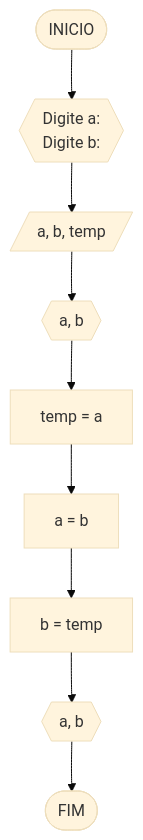
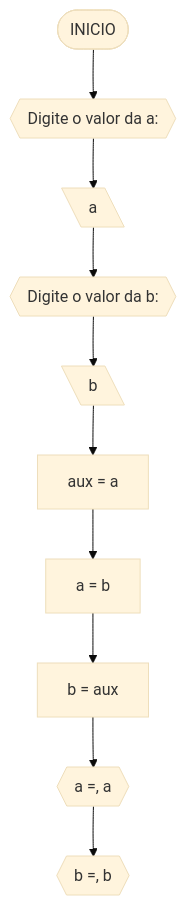
Before and after one commit to AlissonFT2/unifor: the first of 7 diagrams in RLA/unidade1/AD1.md, drawn with Mermaid (base theme). The commit also changed other lines of this file, not shown here.

````diff
--- a/RLA/unidade1/AD1.md
+++ b/RLA/unidade1/AD1.md
@@ -50,11 +50,12 @@
 ```mermaid
 flowchart TD
-A([INICIO]) --> B{{Digite a: <br> Digite b: }}
-B --> C[/a, b, temp/]
-C --> J{{a, b}}
-J --> D[temp = a]
-D --> E[a = b]
-E --> F[b = temp]
-F --> G{{a, b}}
-G --> K([FIM])
+A([INICIO]) --> B{{Digite o valor da a: }}
+B --> C[\a\]
+C --> D{{Digite o valor da b: }}
+D --> E[\b\]
+E --> F[aux = a]
+F --> G[a = b]
+G --> H[b = aux]
+H --> I{{"a =", a}}
+I --> J{{"b =", b}}
 ```
````
